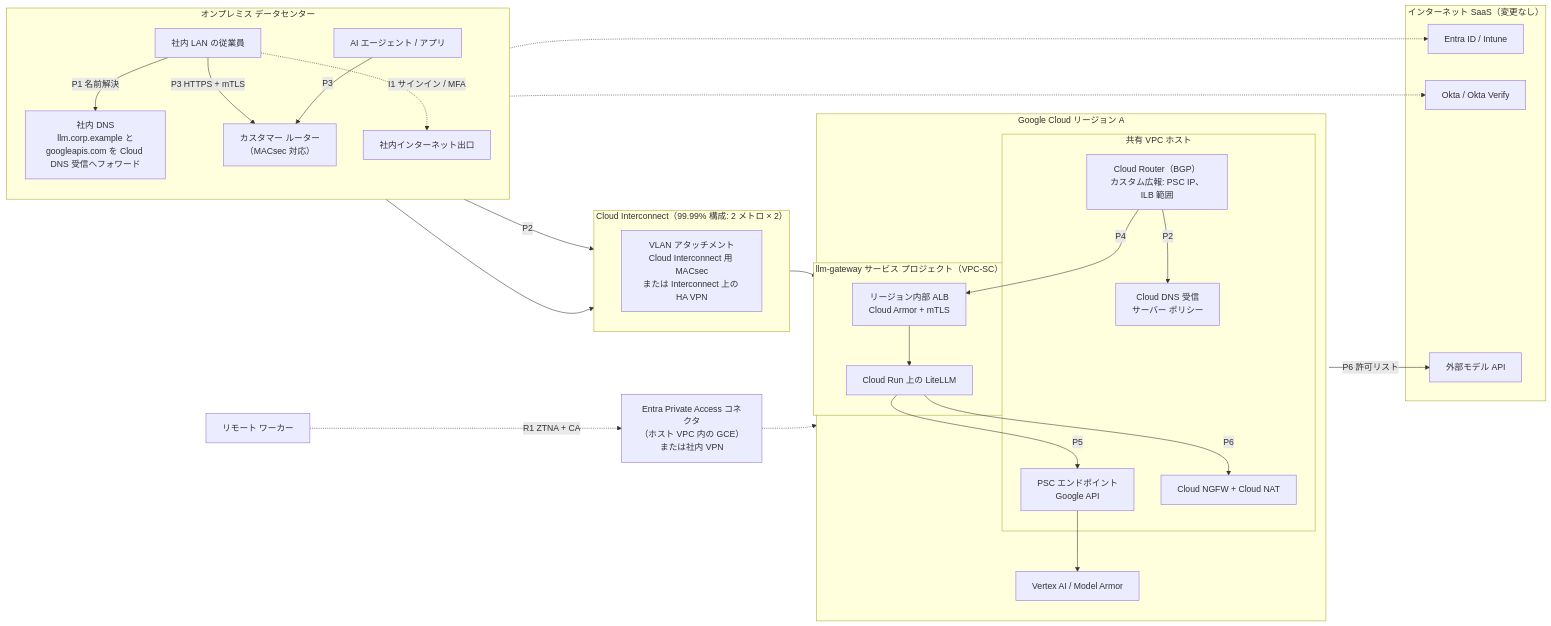
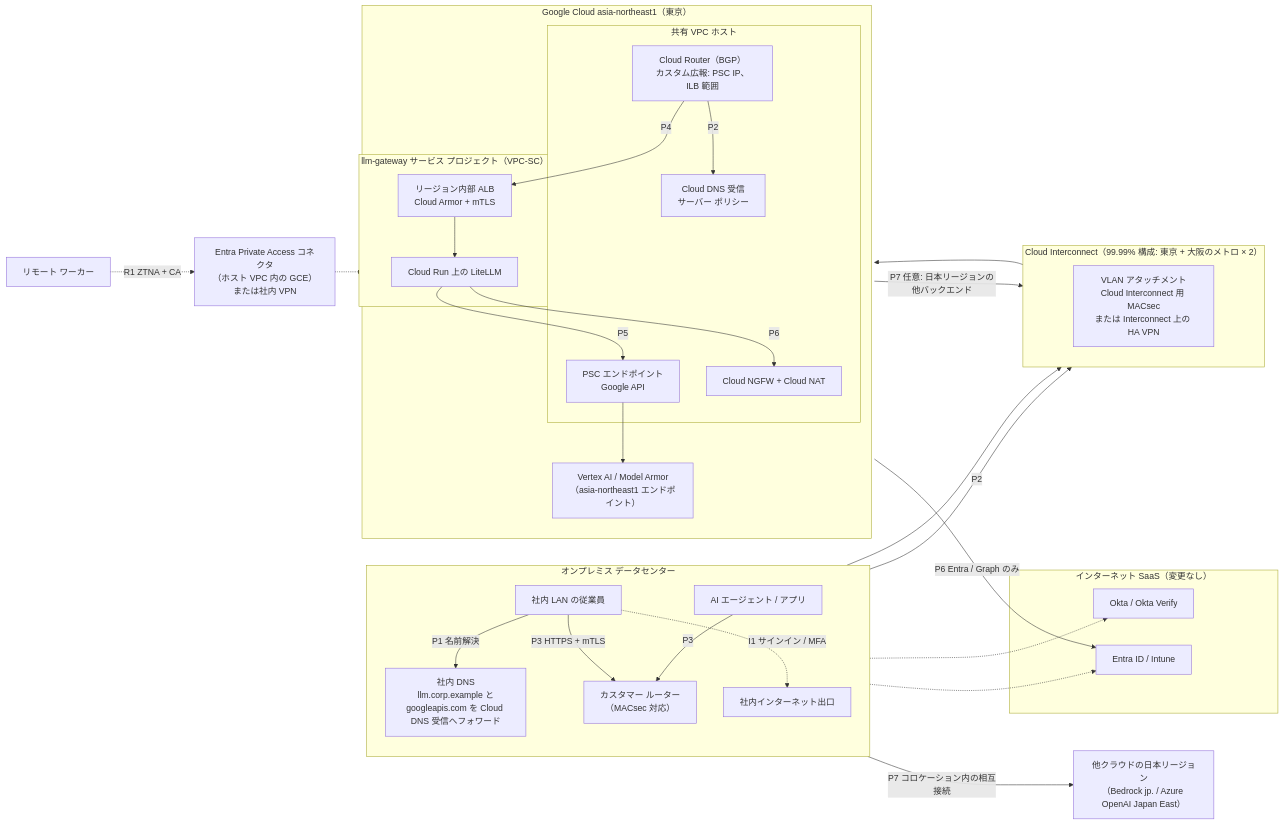
One commit to minddrop/llm-gateway-comparison changed the third of 5 diagrams in docs/jp/07-private-connectivity.md. Above: the diagram before and after it, drawn with Mermaid. The commit also changed other lines of this file and 18 other files, not shown here.

````diff
--- a/docs/jp/07-private-connectivity.md
+++ b/docs/jp/07-private-connectivity.md
@@ -159,54 +163,56 @@
 ```mermaid
 flowchart LR
     subgraph ONP["オンプレミス データセンター"]
         direction TB
         UOP["社内 LAN の従業員"]
         AGOP["AI エージェント / アプリ"]
         ODNS["社内 DNS<br/>llm.corp.example と<br/>googleapis.com を Cloud DNS 受信へフォワード"]
         CER["カスタマー ルーター<br/>（MACsec 対応）"]
         INET["社内インターネット出口"]
     end
 
-    subgraph IC["Cloud Interconnect（99.99% 構成: 2 メトロ × 2）"]
+    subgraph IC["Cloud Interconnect（99.99% 構成: 東京 + 大阪のメトロ × 2）"]
         direction TB
         VLAN["VLAN アタッチメント<br/>Cloud Interconnect 用 MACsec<br/>または Interconnect 上の HA VPN"]
     end
 
-    subgraph GCPR["Google Cloud リージョン A"]
+    subgraph GCPR["Google Cloud asia-northeast1（東京）"]
         direction TB
         subgraph HOSTP["共有 VPC ホスト"]
             CR["Cloud Router（BGP）<br/>カスタム広報: PSC IP、ILB 範囲"]
             DNSIN["Cloud DNS 受信<br/>サーバー ポリシー"]
             PSC["PSC エンドポイント<br/>Google API"]
             NAT["Cloud NGFW + Cloud NAT"]
         end
         subgraph SVCP["llm-gateway サービス プロジェクト（VPC-SC）"]
             ILB["リージョン内部 ALB<br/>Cloud Armor + mTLS"]
             RUN["Cloud Run 上の LiteLLM"]
         end
-        VTX["Vertex AI / Model Armor"]
+        VTX["Vertex AI / Model Armor<br/>（asia-northeast1 エンドポイント）"]
     end
 
     subgraph SAAS["インターネット SaaS（変更なし）"]
         ENTRA["Entra ID / Intune"]
         OKTA["Okta / Okta Verify"]
-        EXT["外部モデル API"]
     end
 
+    XC["他クラウドの日本リージョン<br/>（Bedrock jp. / Azure OpenAI Japan East）"]
     REM["リモート ワーカー"]
     ZT["Entra Private Access コネクタ<br/>（ホスト VPC 内の GCE）または社内 VPN"]
 
     UOP -->|"P1 名前解決"| ODNS -->|"P2"| VLAN
     VLAN --> CR -->|"P2"| DNSIN
     UOP -->|"P3 HTTPS + mTLS"| CER
     AGOP -->|"P3"| CER
     CER --> VLAN
     CR -->|"P4"| ILB --> RUN
     RUN -->|"P5"| PSC --> VTX
-    RUN -->|"P6"| NAT -->|"P6 許可リスト"| EXT
+    RUN -->|"P6"| NAT -->|"P6 Entra / Graph のみ"| ENTRA
+    CR -->|"P7 任意: 日本リージョンの他バックエンド"| VLAN
+    CER -->|"P7 コロケーション内の相互接続"| XC
     UOP -.->|"I1 サインイン / MFA"| INET
     INET -.-> ENTRA
     INET -.-> OKTA
     REM -.->|"R1 ZTNA + CA"| ZT
     ZT -.-> ILB
 ```
````
